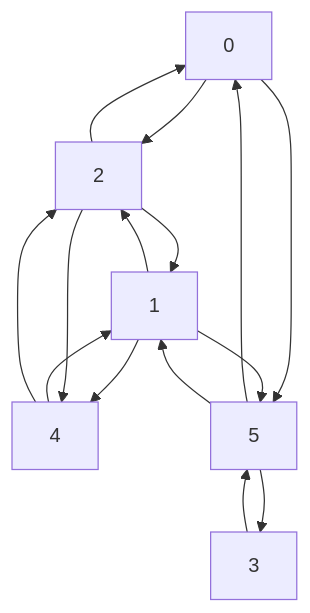
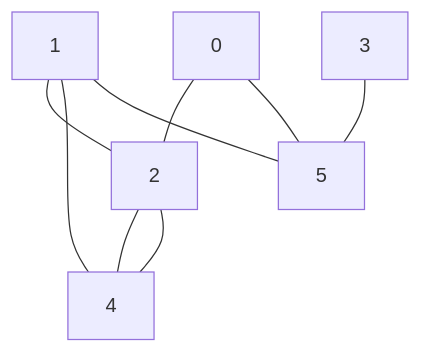
One commit to dantepedrosa/UFMG-DCC205 changed the second of 2 diagrams in ap7/readme.md. Above: the diagram before and after it, drawn with Mermaid. The commit also changed other lines of this file, not shown here.

Commit message:
Reparado visualizacao grafo

````diff
--- a/ap7/readme.md
+++ b/ap7/readme.md
@@ -77,17 +74,11 @@
 ```mermaid
 graph TD
-    0 --> 2
-    0 --> 5
-    1 --> 2
-    1 --> 4
-    1 --> 5
-    2 --> 0
-    2 --> 1
-    2 --> 4
-    3 --> 5
-    4 --> 1
-    4 --> 2
-    5 --> 0
-    5 --> 1
-    5 --> 3
+    0 --- 2
+    0 --- 5
+    1 --- 2
+    1 --- 4
+    1 --- 5
+    2 --- 4
+    3 --- 5
+    4 --- 2
 ```
````
